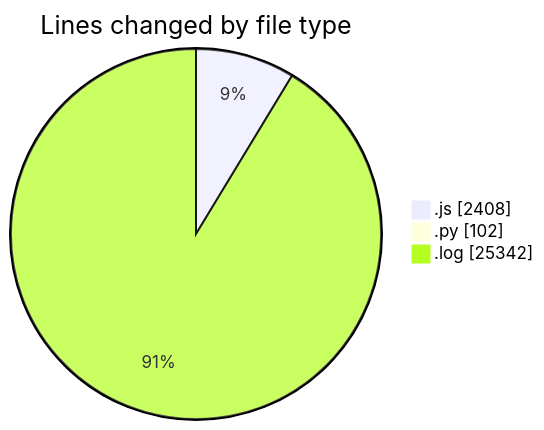
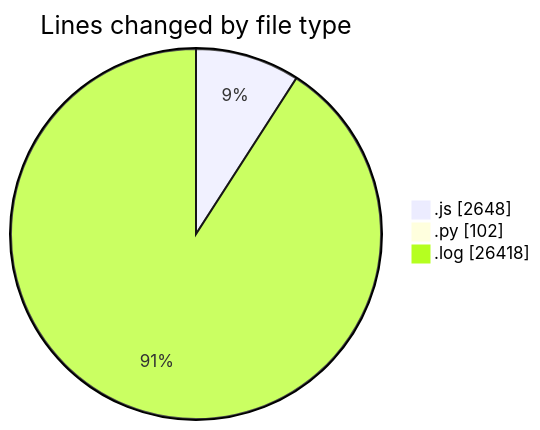
One commit to nxtqubesakshisongat/code-tracking changed the first of 2 diagrams in 2025-04-14/nxtqube_webapp/README.md. Above: the diagram before and after it, drawn with Mermaid. The commit also changed other lines of this file and 1 other file, not shown here.

````diff
--- a/2025-04-14/nxtqube_webapp/README.md
+++ b/2025-04-14/nxtqube_webapp/README.md
@@ -29,7 +30,7 @@
 ```mermaid
 pie showData
 title Lines changed by file type
-".js" : 2408
+".js" : 2648
 ".py" : 102
-".log" : 25342
+".log" : 26418
 ```
````
